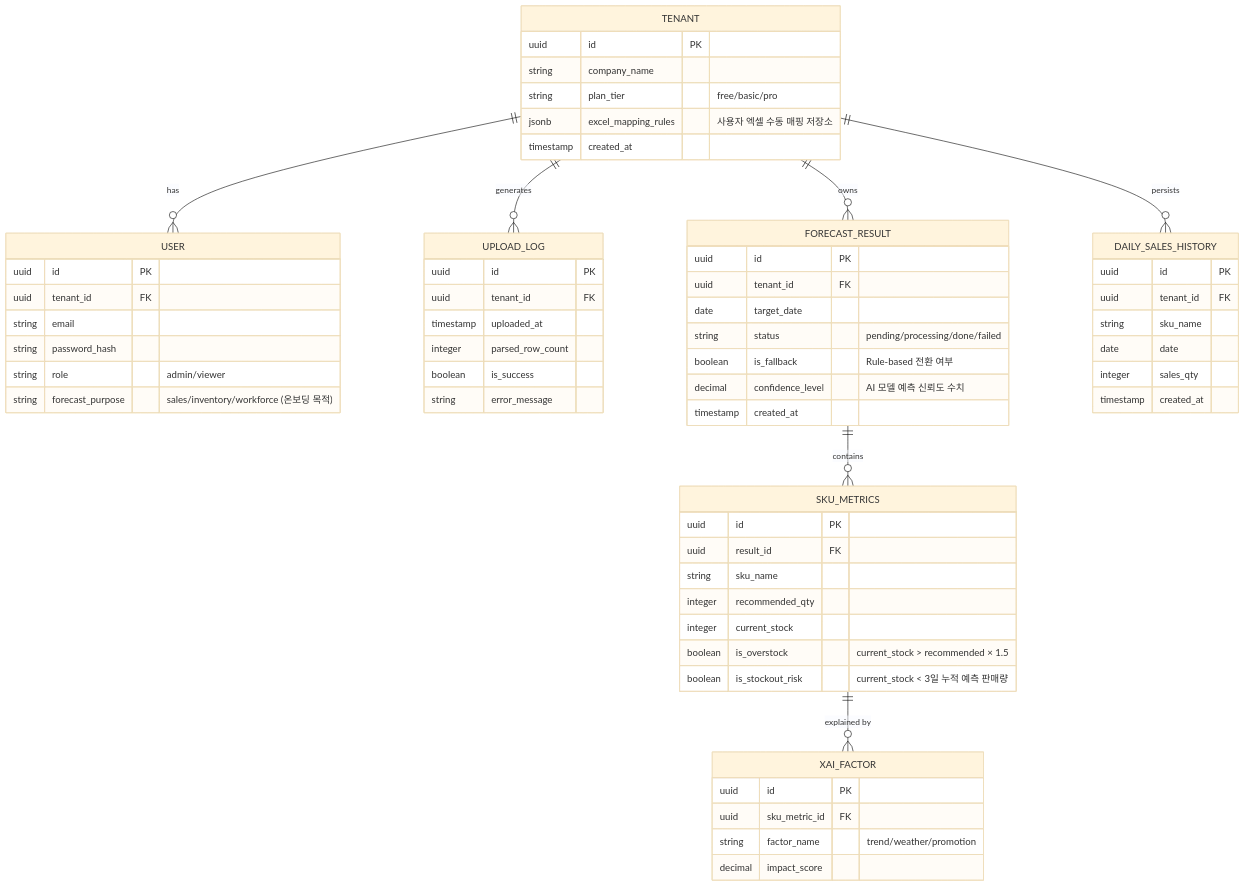
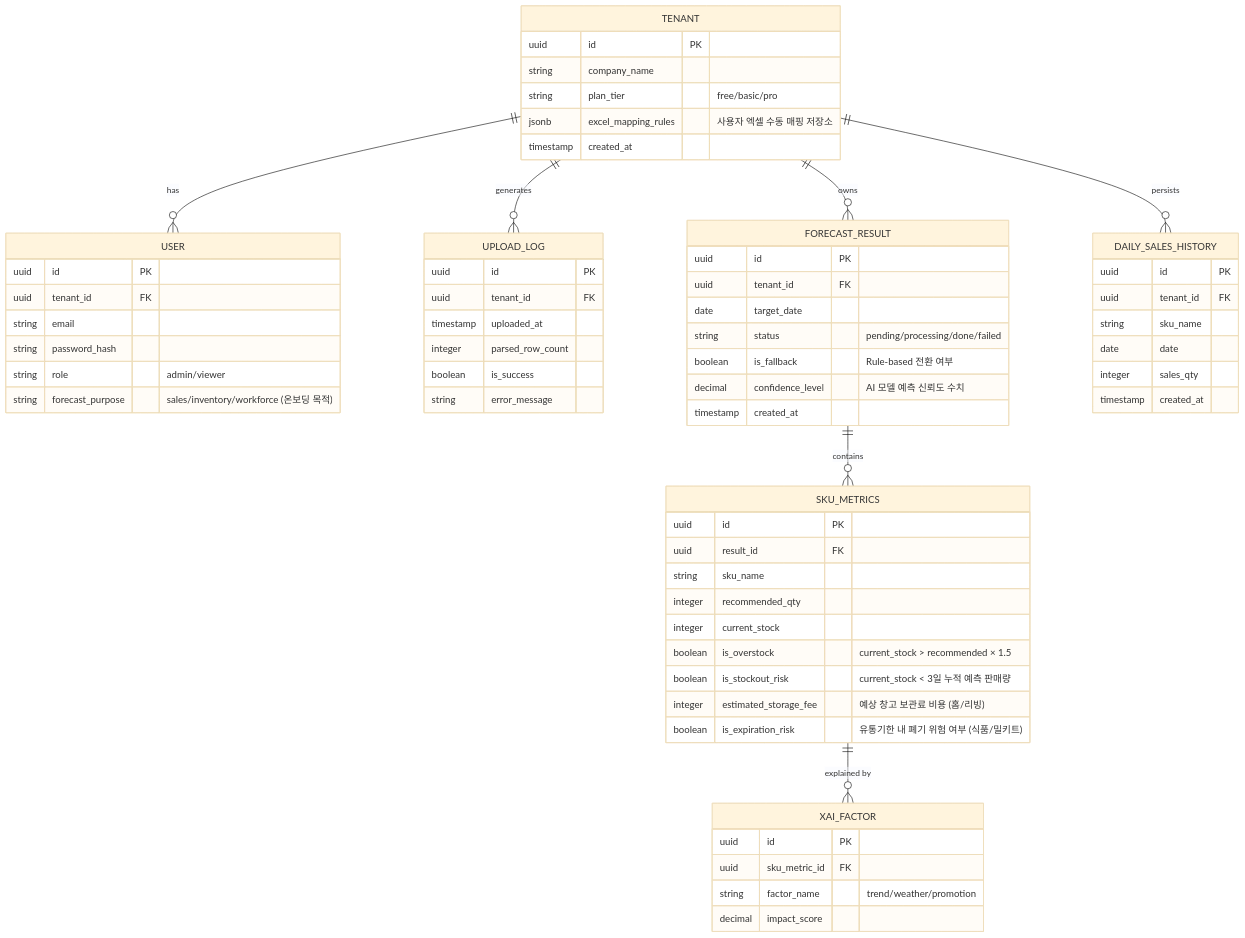
The fourth of 6 diagrams in wiki/concepts/architecture/SRS-Drafts/SRS-V1.0.md (ssub-e/DeepDemand-workbase), drawn with Mermaid (base theme) before and after one commit. The commit also changed other lines of this file and 3 other files, not shown here.

````diff
--- a/wiki/concepts/architecture/SRS-Drafts/SRS-V1.0.md
+++ b/wiki/concepts/architecture/SRS-Drafts/SRS-V1.0.md
@@ -503,65 +503,67 @@
 ```mermaid
 erDiagram
     TENANT ||--o{ USER : "has"
     TENANT ||--o{ UPLOAD_LOG : "generates"
     TENANT ||--o{ FORECAST_RESULT : "owns"
     TENANT ||--o{ DAILY_SALES_HISTORY : "persists"
     FORECAST_RESULT ||--o{ SKU_METRICS : "contains"
     SKU_METRICS ||--o{ XAI_FACTOR : "explained by"
 
     TENANT {
         uuid id PK
         string company_name
         string plan_tier "free/basic/pro"
         jsonb excel_mapping_rules "사용자 엑셀 수동 매핑 저장소"
         timestamp created_at
     }
     USER {
         uuid id PK
         uuid tenant_id FK
         string email
         string password_hash
         string role "admin/viewer"
         string forecast_purpose "sales/inventory/workforce (온보딩 목적)"
     }
     DAILY_SALES_HISTORY {
         uuid id PK
         uuid tenant_id FK
         string sku_name
         date date
         integer sales_qty
         timestamp created_at
     }
     UPLOAD_LOG {
         uuid id PK
         uuid tenant_id FK
         timestamp uploaded_at
         integer parsed_row_count
         boolean is_success
         string error_message
     }
     FORECAST_RESULT {
         uuid id PK
         uuid tenant_id FK
         date target_date
         string status "pending/processing/done/failed"
         boolean is_fallback "Rule-based 전환 여부"
         decimal confidence_level "AI 모델 예측 신뢰도 수치"
         timestamp created_at
     }
     SKU_METRICS {
         uuid id PK
         uuid result_id FK
         string sku_name
         integer recommended_qty
         integer current_stock
         boolean is_overstock "current_stock > recommended × 1.5"
         boolean is_stockout_risk "current_stock < 3일 누적 예측 판매량"
+        integer estimated_storage_fee "예상 창고 보관료 비용 (홈/리빙)"
+        boolean is_expiration_risk "유통기한 내 폐기 위험 여부 (식품/밀키트)"
     }
     XAI_FACTOR {
         uuid id PK
         uuid sku_metric_id FK
         string factor_name "trend/weather/promotion"
         decimal impact_score
     }
 ```
````
